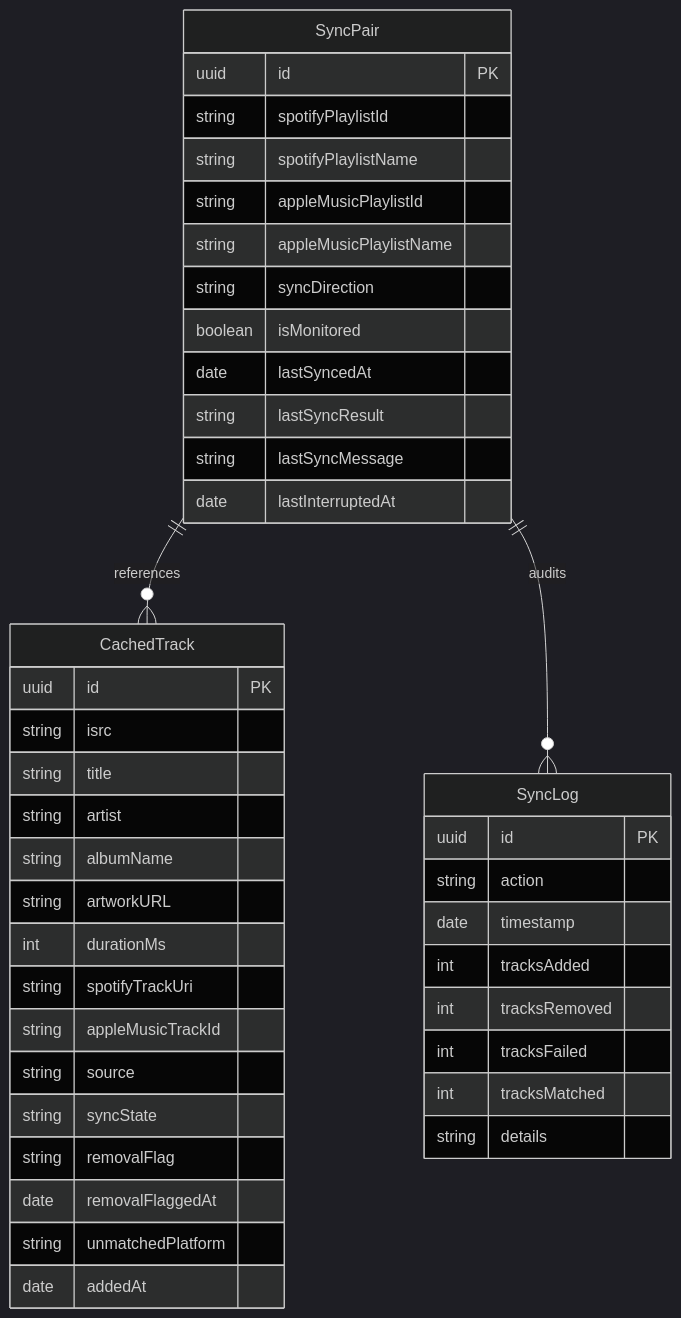
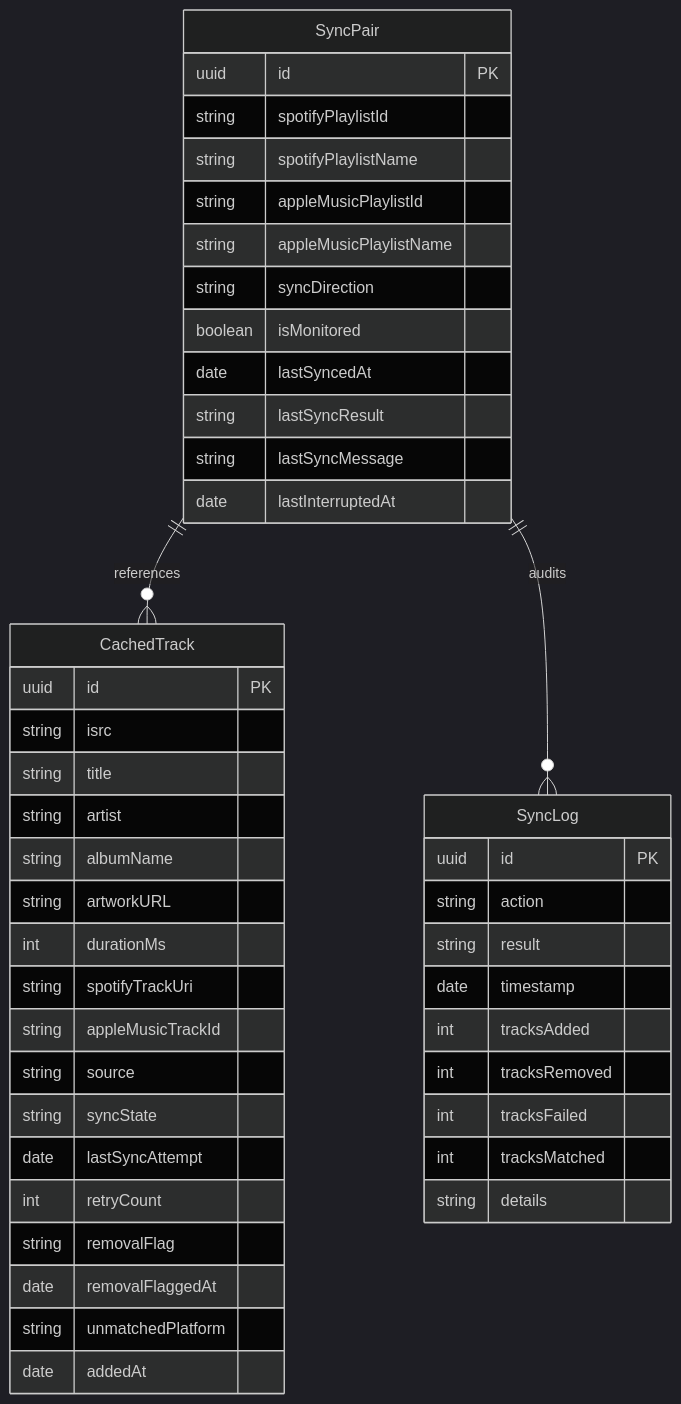
The diagram in docs/ARCHITECTURE.md (Kounex/antiphon), drawn with Mermaid (dark theme) before and after one commit. The commit also changed other lines of this file and 23 other files, not shown here.

````diff
--- a/docs/ARCHITECTURE.md
+++ b/docs/ARCHITECTURE.md
@@ -62,48 +80,51 @@
 ```mermaid
 erDiagram
     SyncPair ||--o{ CachedTrack : references
     SyncPair ||--o{ SyncLog : audits
     
     SyncPair {
         uuid id PK
         string spotifyPlaylistId
         string spotifyPlaylistName
         string appleMusicPlaylistId
         string appleMusicPlaylistName
         string syncDirection
         boolean isMonitored
         date lastSyncedAt
         string lastSyncResult
         string lastSyncMessage
         date lastInterruptedAt
     }
     
     CachedTrack {
         uuid id PK
         string isrc
         string title
         string artist
         string albumName
         string artworkURL
         int durationMs
         string spotifyTrackUri
         string appleMusicTrackId
         string source
         string syncState
+        date lastSyncAttempt
+        int retryCount
         string removalFlag
         date removalFlaggedAt
         string unmatchedPlatform
         date addedAt
     }
     
     SyncLog {
         uuid id PK
         string action
+        string result
         date timestamp
         int tracksAdded
         int tracksRemoved
         int tracksFailed
         int tracksMatched
         string details
     }
 ```
````
